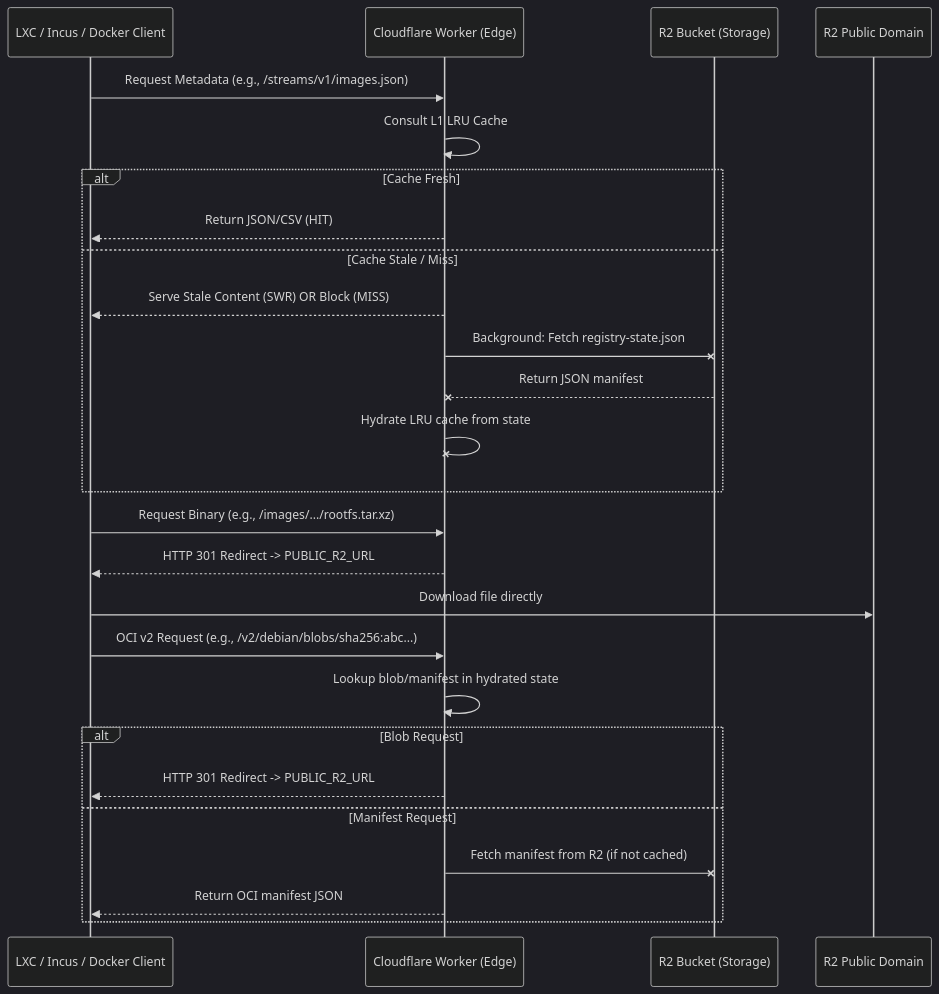
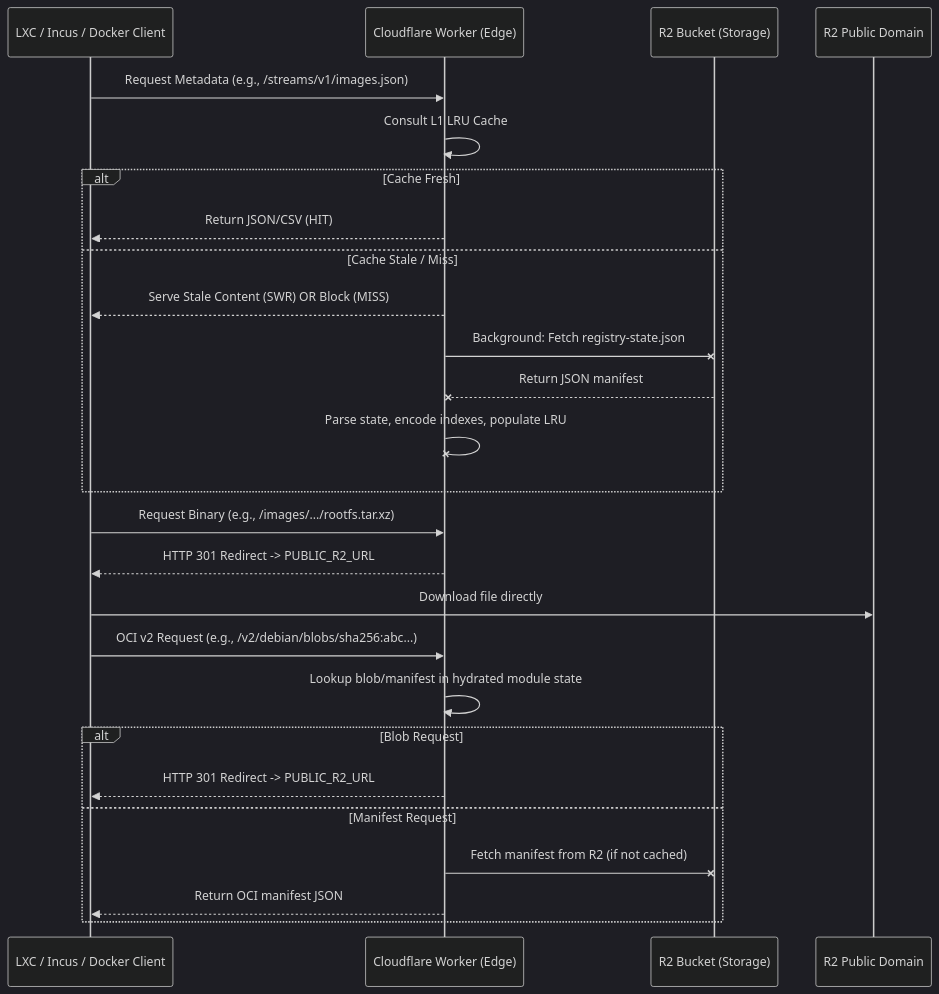
One commit to debthin/debthin changed the diagram in workers/images.md. Above: the diagram before and after it, drawn with Mermaid (dark theme). The commit also changed other lines of this file and 5 other files, not shown here.

````diff
--- a/workers/images.md
+++ b/workers/images.md
@@ -11,31 +11,31 @@
 ```mermaid
 sequenceDiagram
     participant Client as LXC / Incus / Docker Client
     participant Edge as Cloudflare Worker (Edge)
     participant R2 as R2 Bucket (Storage)
     participant Public as R2 Public Domain
 
     Client->>Edge: Request Metadata (e.g., /streams/v1/images.json)
     Edge->>Edge: Consult L1 LRU Cache
     alt Cache Fresh
         Edge-->>Client: Return JSON/CSV (HIT)
     else Cache Stale / Miss
         Edge-->>Client: Serve Stale Content (SWR) OR Block (MISS)
         Edge-xR2: Background: Fetch registry-state.json
         R2--xEdge: Return JSON manifest
-        Edge-xEdge: Hydrate LRU cache from state
+        Edge-xEdge: Parse state, encode indexes, populate LRU
     end
 
     Client->>Edge: Request Binary (e.g., /images/.../rootfs.tar.xz)
     Edge-->>Client: HTTP 301 Redirect -> PUBLIC_R2_URL
     Client->>Public: Download file directly
 
     Client->>Edge: OCI v2 Request (e.g., /v2/debian/blobs/sha256:abc...)
-    Edge->>Edge: Lookup blob/manifest in hydrated state
+    Edge->>Edge: Lookup blob/manifest in hydrated module state
     alt Blob Request
         Edge-->>Client: HTTP 301 Redirect -> PUBLIC_R2_URL
     else Manifest Request
         Edge-xR2: Fetch manifest from R2 (if not cached)
         Edge-->>Client: Return OCI manifest JSON
     end
 ```
````
